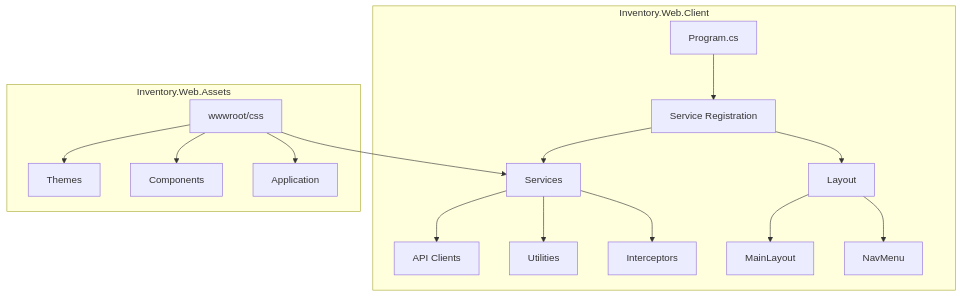
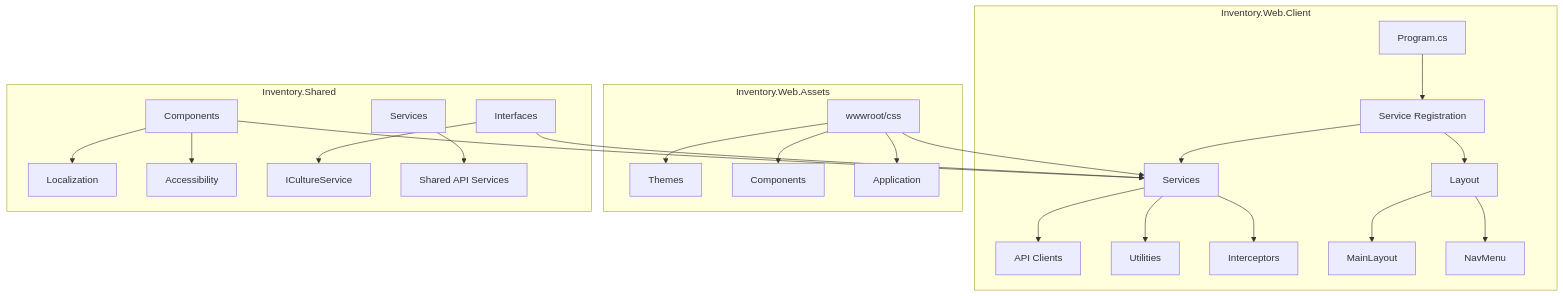
One commit to polterabyte/InventoryCtrl_2 changed the first of 10 diagrams in .qoder/repowiki/en/content/Frontend Architecture/Frontend Architecture.md. Above: the diagram before and after it, drawn with Mermaid. The commit also changed other lines of this file and 17 other files, not shown here.

First line of the commit message:
docs(backend): update and reorganize backend architecture and API docs

````diff
--- a/.qoder/repowiki/en/content/Frontend Architecture/Frontend Architecture.md
+++ b/.qoder/repowiki/en/content/Frontend Architecture/Frontend Architecture.md
@@ -44,19 +58,27 @@
 ```mermaid
 graph TB
 subgraph "Inventory.Web.Client"
 A[Services] --> B[API Clients]
 A --> C[Utilities]
 A --> D[Interceptors]
 E[Layout] --> F[MainLayout]
 E --> G[NavMenu]
 H[Program.cs] --> I[Service Registration]
 end
 subgraph "Inventory.Web.Assets"
 J[wwwroot/css] --> K[Themes]
 J --> L[Components]
 J --> M[Application]
 end
+subgraph "Inventory.Shared"
+N[Components] --> O[Localization]
+N --> P[Accessibility]
+Q[Interfaces] --> R[ICultureService]
+S[Services] --> T[Shared API Services]
+end
 I --> A
 I --> E
 J --> A
+N --> A
+Q --> A
 ```
````
